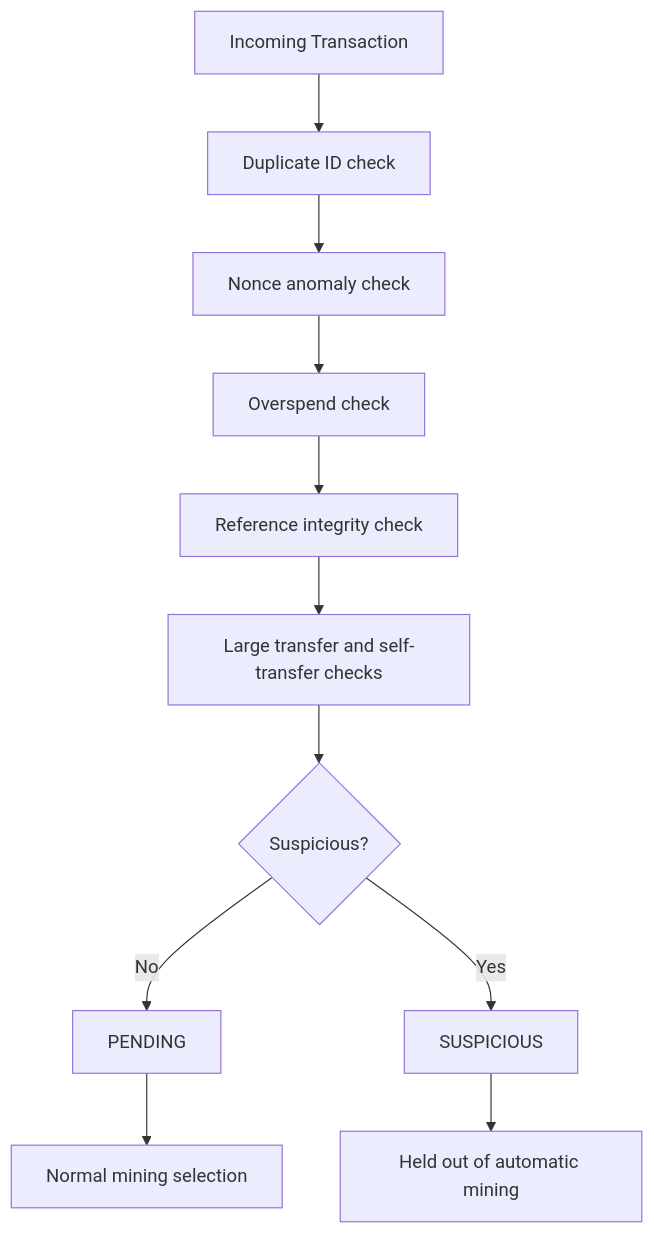
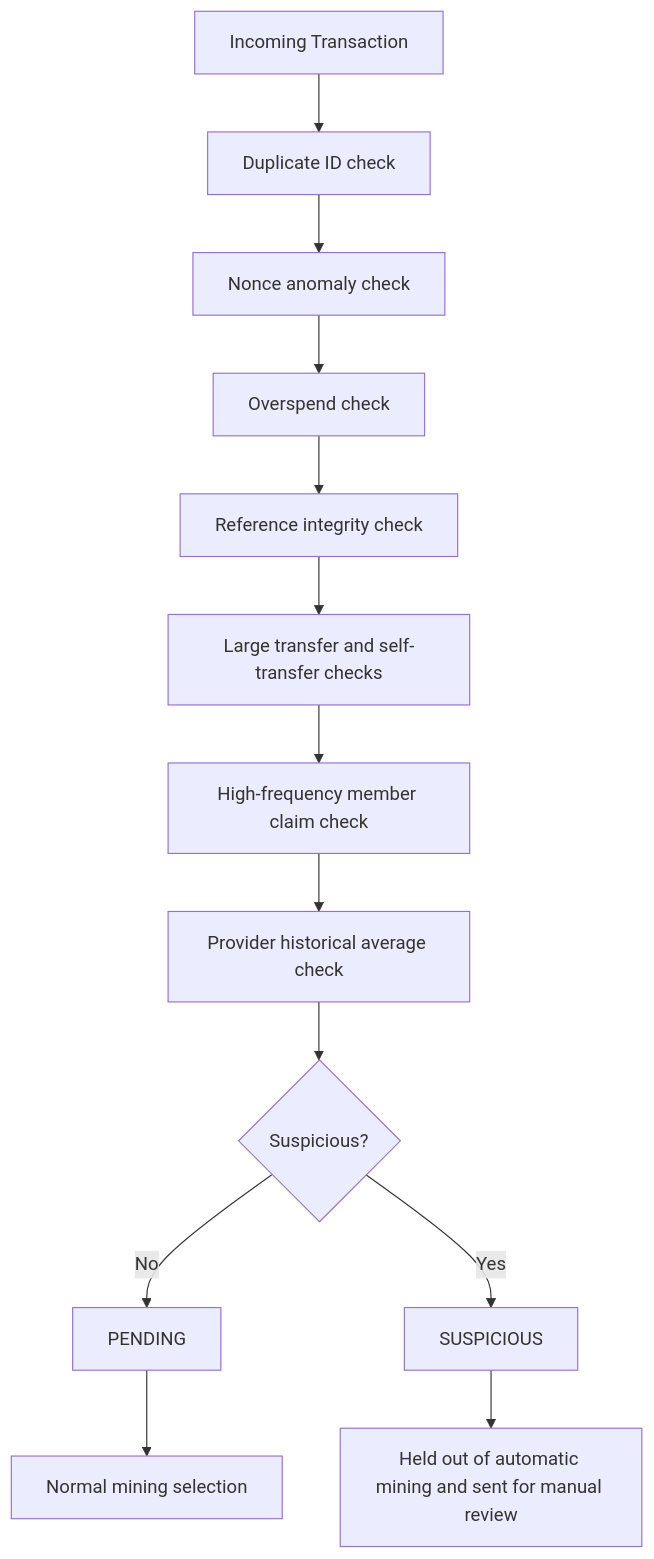
The ninth of 9 diagrams in docs/SYSTEM_DESIGN_DIAGRAM.md (tejirijesse/aht-blockchain-summative), drawn with Mermaid before and after one commit. The commit also changed other lines of this file and 10 other files, not shown here.

````diff
--- a/docs/SYSTEM_DESIGN_DIAGRAM.md
+++ b/docs/SYSTEM_DESIGN_DIAGRAM.md
@@ -141,13 +141,15 @@
 ```mermaid
 flowchart TD
     TXIN[Incoming Transaction] --> R1[Duplicate ID check]
     R1 --> R2[Nonce anomaly check]
     R2 --> R3[Overspend check]
     R3 --> R4[Reference integrity check]
     R4 --> R5[Large transfer and self-transfer checks]
-    R5 --> DEC{Suspicious?}
+    R5 --> R6[High-frequency member claim check]
+    R6 --> R7[Provider historical average check]
+    R7 --> DEC{Suspicious?}
     DEC -->|No| PEND[PENDING]
     DEC -->|Yes| SUSP[SUSPICIOUS]
-    SUSP --> HOLD[Held out of automatic mining]
+    SUSP --> HOLD[Held out of automatic mining and sent for manual review]
     PEND --> MINING[Normal mining selection]
 ```
````
